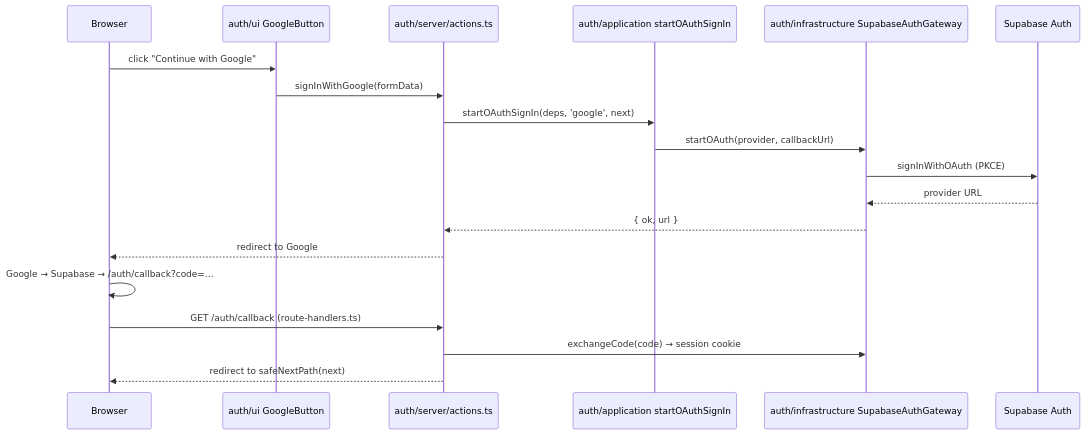
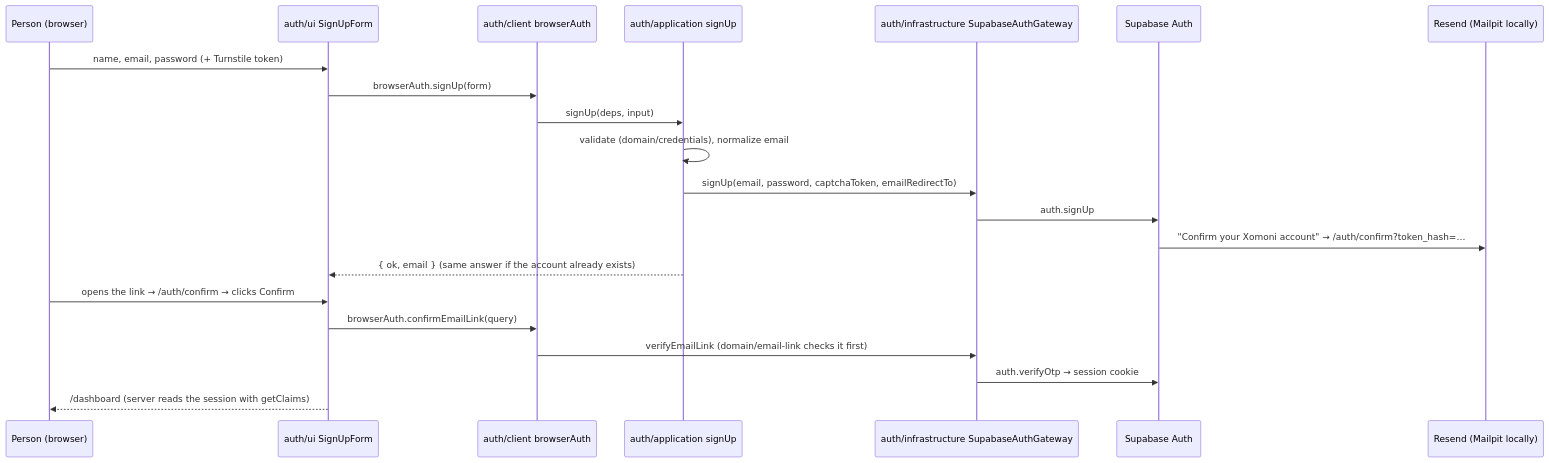
One commit to pirdehi/xomoni changed the fourth of 5 diagrams in docs/ARCHITECTURE.md. Above: the diagram before and after it, drawn with Mermaid. The commit also changed other lines of this file and 70 other files, not shown here.

First line of the commit message:
Email and password accounts: sign-up, confirmation, sign-in, password reset (#56)

````diff
--- a/docs/ARCHITECTURE.md
+++ b/docs/ARCHITECTURE.md
@@ -139,21 +145,23 @@
 ```mermaid
 sequenceDiagram
-  participant B as Browser
-  participant UI as auth/ui GoogleButton
-  participant SA as auth/server/actions.ts
-  participant UC as auth/application startOAuthSignIn
+  participant P as Person (browser)
+  participant UI as auth/ui SignUpForm
+  participant C as auth/client browserAuth
+  participant UC as auth/application signUp
   participant GW as auth/infrastructure SupabaseAuthGateway
   participant SB as Supabase Auth
-  B->>UI: click "Continue with Google"
-  UI->>SA: signInWithGoogle(formData)
-  SA->>UC: startOAuthSignIn(deps, 'google', next)
-  UC->>GW: startOAuth(provider, callbackUrl)
-  GW->>SB: signInWithOAuth (PKCE)
-  SB-->>GW: provider URL
-  GW-->>SA: { ok, url }
-  SA-->>B: redirect to Google
-  B->>B: Google → Supabase → /auth/callback?code=…
-  B->>SA: GET /auth/callback (route-handlers.ts)
-  SA->>GW: exchangeCode(code) → session cookie
-  SA-->>B: redirect to safeNextPath(next)
+  participant M as Resend (Mailpit locally)
+  P->>UI: name, email, password (+ Turnstile token)
+  UI->>C: browserAuth.signUp(form)
+  C->>UC: signUp(deps, input)
+  UC->>UC: validate (domain/credentials), normalize email
+  UC->>GW: signUp(email, password, captchaToken, emailRedirectTo)
+  GW->>SB: auth.signUp
+  SB->>M: "Confirm your Xomoni account" → /auth/confirm?token_hash=…
+  UC-->>UI: { ok, email } (same answer if the account already exists)
+  P->>UI: opens the link → /auth/confirm → clicks Confirm
+  UI->>C: browserAuth.confirmEmailLink(query)
+  C->>GW: verifyEmailLink (domain/email-link checks it first)
+  GW->>SB: auth.verifyOtp → session cookie
+  UI-->>P: /dashboard (server reads the session with getClaims)
 ```
````
